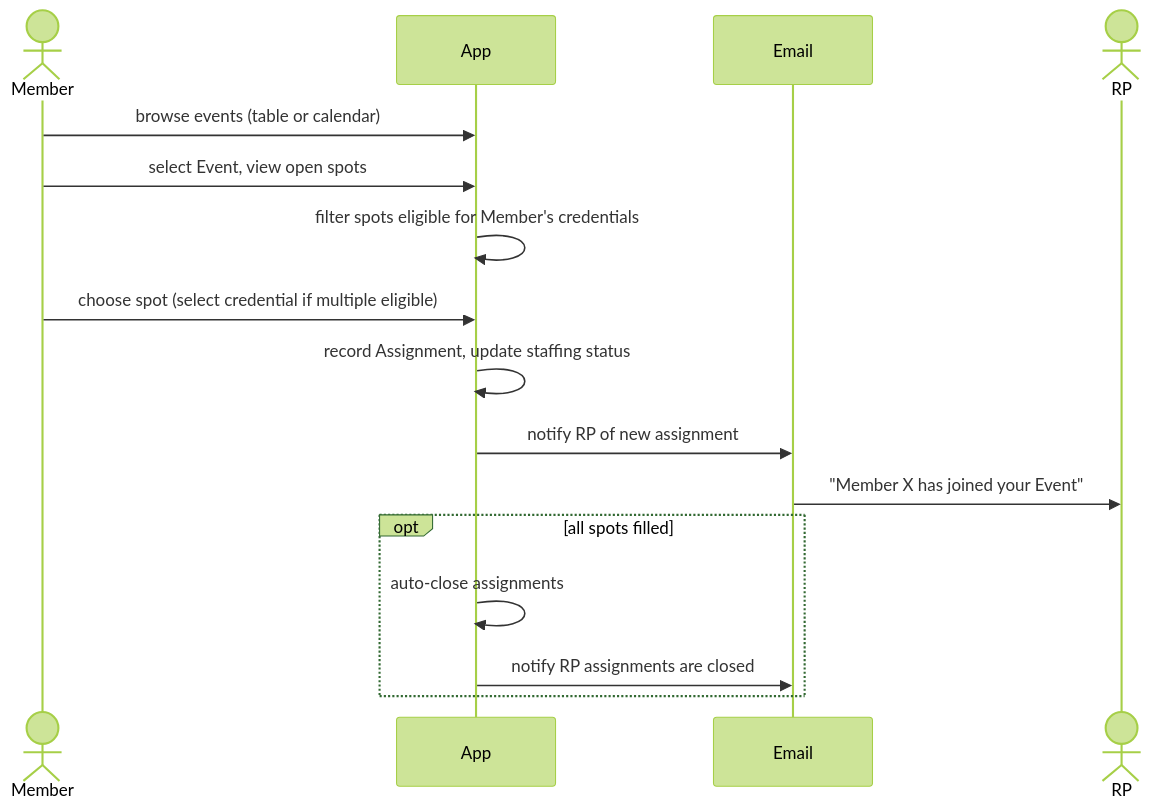
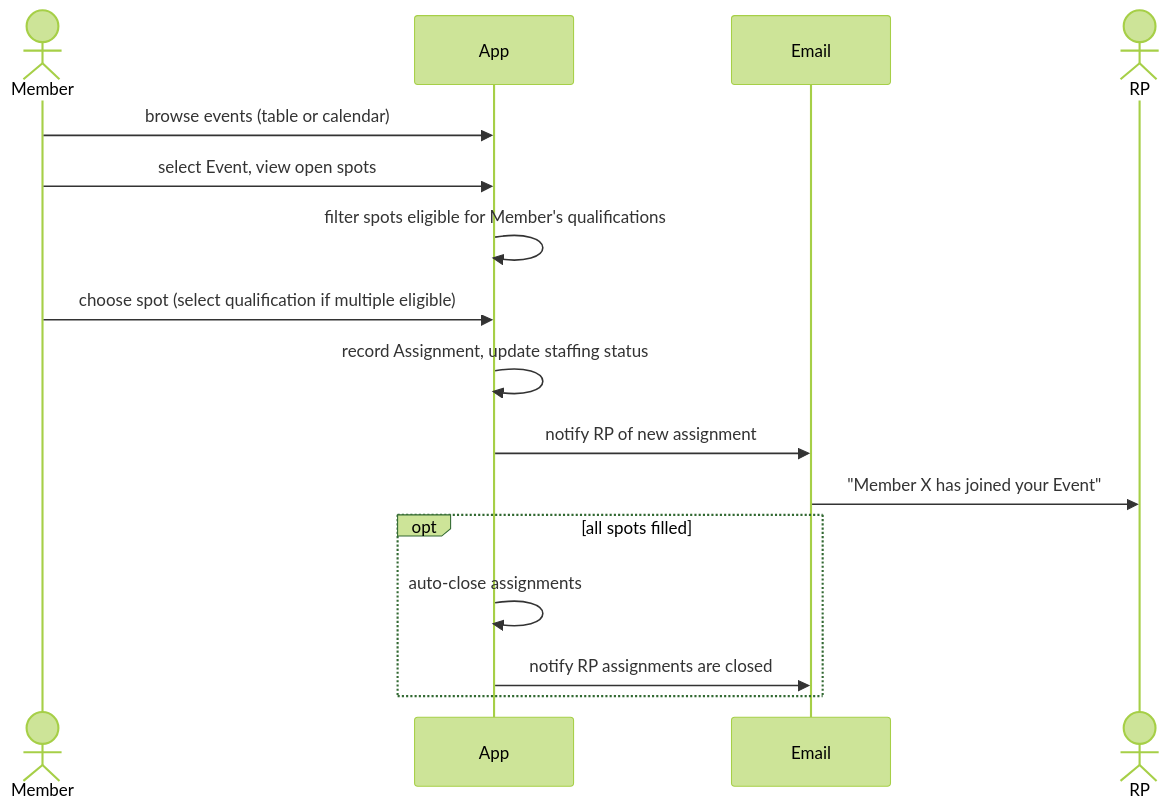
One commit to mtjchm/MedCover changed the fifth of 8 diagrams in architecture.md. Above: the diagram before and after it, drawn with Mermaid (forest theme). The commit also changed other lines of this file and 26 other files, not shown here.

First line of the commit message:
Rename Credential → Qualification throughout

````diff
--- a/architecture.md
+++ b/architecture.md
@@ -543,19 +543,19 @@
 ```mermaid
 sequenceDiagram
     actor Member
     participant App
     participant Email
     actor RP
 
     Member->>App: browse events (table or calendar)
     Member->>App: select Event, view open spots
-    App->>App: filter spots eligible for Member's credentials
-    Member->>App: choose spot (select credential if multiple eligible)
+    App->>App: filter spots eligible for Member's qualifications
+    Member->>App: choose spot (select qualification if multiple eligible)
     App->>App: record Assignment, update staffing status
     App->>Email: notify RP of new assignment
     Email->>RP: "Member X has joined your Event"
     opt all spots filled
         App->>App: auto-close assignments
         App->>Email: notify RP assignments are closed
     end
 ```
````
